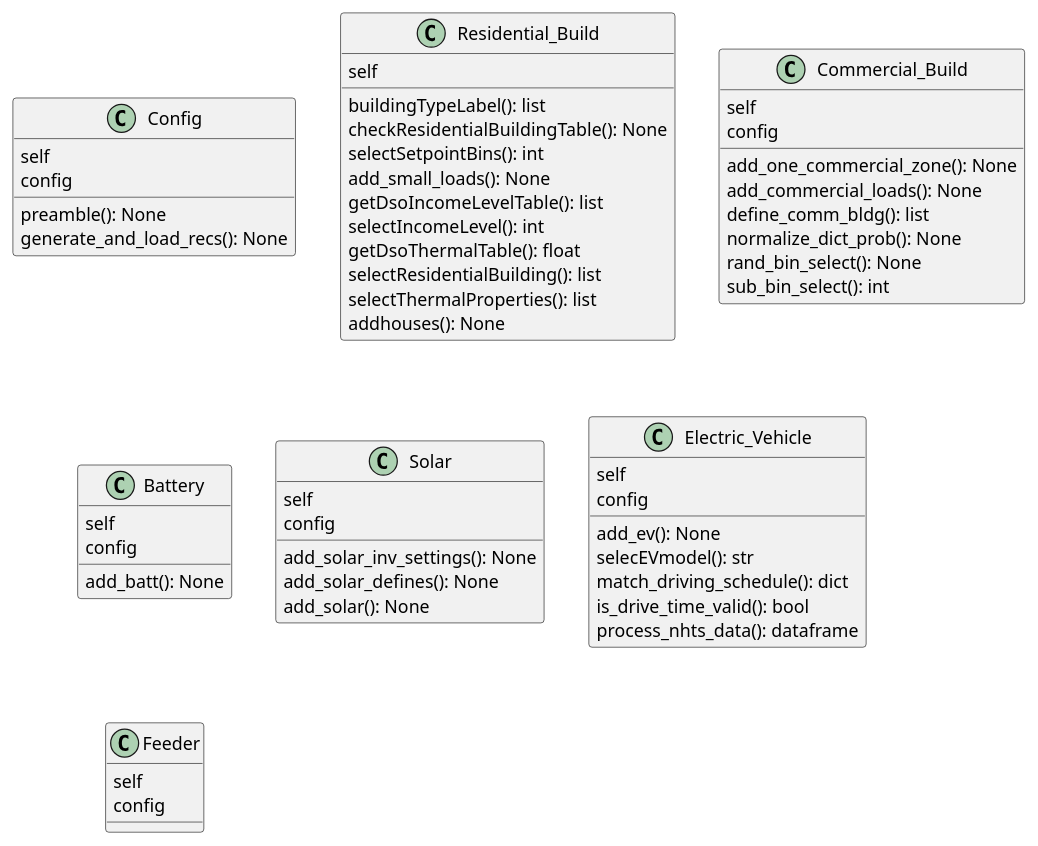
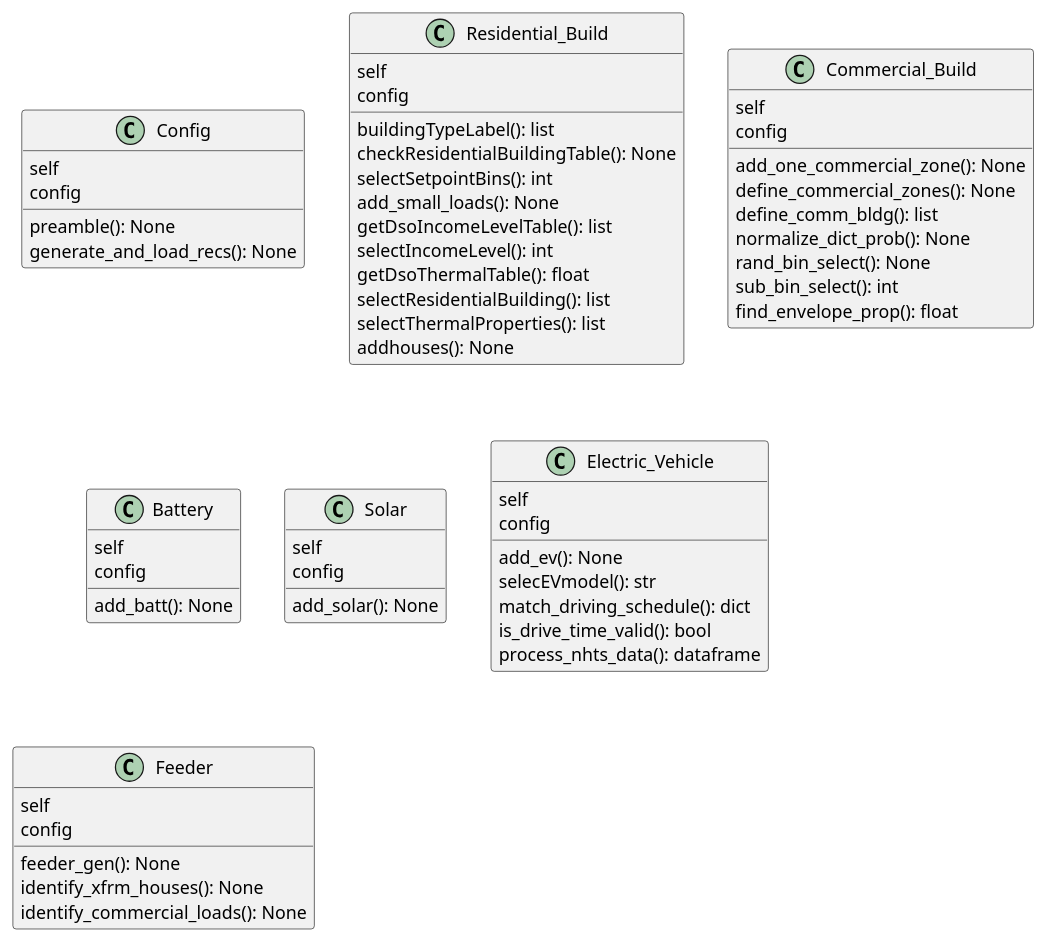
Before and after one commit to pnnl/tesp: the diagram in doc/design/feeder_generator/gld_residential_feeder_class.wsd, drawn with PlantUML. The commit also changed 2 other files, not shown here.

Commit message:
Update documentation for gld_residential_feeder.py

```diff
--- a/doc/design/feeder_generator/gld_residential_feeder_class.wsd
+++ b/doc/design/feeder_generator/gld_residential_feeder_class.wsd
@@ -1,73 +1,78 @@
 @startuml gld_residential_feeder_class.wsd
 
 class Config {
     self 
     config
 
     preamble(): None
     generate_and_load_recs(): None
 }
 
 class Residential_Build {
     self
+    config
 
     buildingTypeLabel(): list
     checkResidentialBuildingTable(): None 
     selectSetpointBins(): int 
     add_small_loads(): None
     getDsoIncomeLevelTable(): list
     selectIncomeLevel(): int
     getDsoThermalTable(): float
     selectResidentialBuilding(): list
     selectThermalProperties(): list 
     addhouses(): None
 }
 
 class Commercial_Build {
     self
     config
 
     add_one_commercial_zone(): None
-    add_commercial_loads(): None
+    define_commercial_zones(): None
     define_comm_bldg(): list
     normalize_dict_prob(): None
     rand_bin_select(): None
     sub_bin_select(): int
+    find_envelope_prop(): float
 }
 
 class Battery {
     self
     config
 
     add_batt(): None
 }
 
 class Solar {
     self
     config
 
-    add_solar_inv_settings(): None
-    add_solar_defines(): None
     add_solar(): None
 }
 
 class Electric_Vehicle {
     self
     config
 
     add_ev(): None
     selecEVmodel(): str
     match_driving_schedule(): dict
     is_drive_time_valid(): bool
     process_nhts_data(): dataframe
 }
 
 class Feeder {
     self
     config
 
+    feeder_gen(): None
+    identify_xfrm_houses(): None
+    identify_commercial_loads(): None
+
+
     
 
 }
 
 @enduml
```
